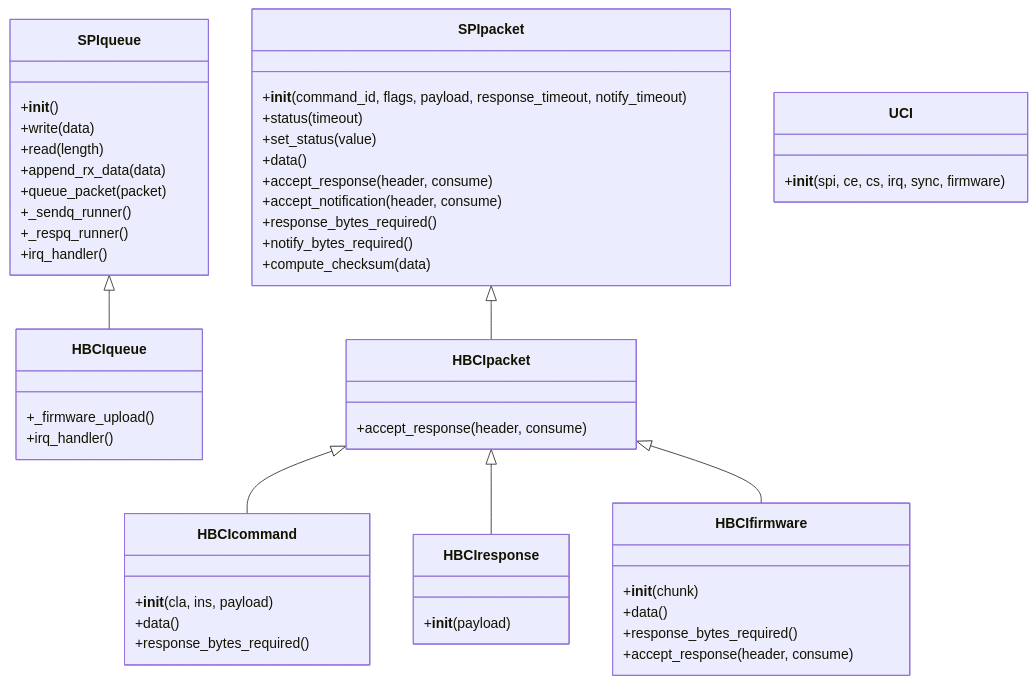
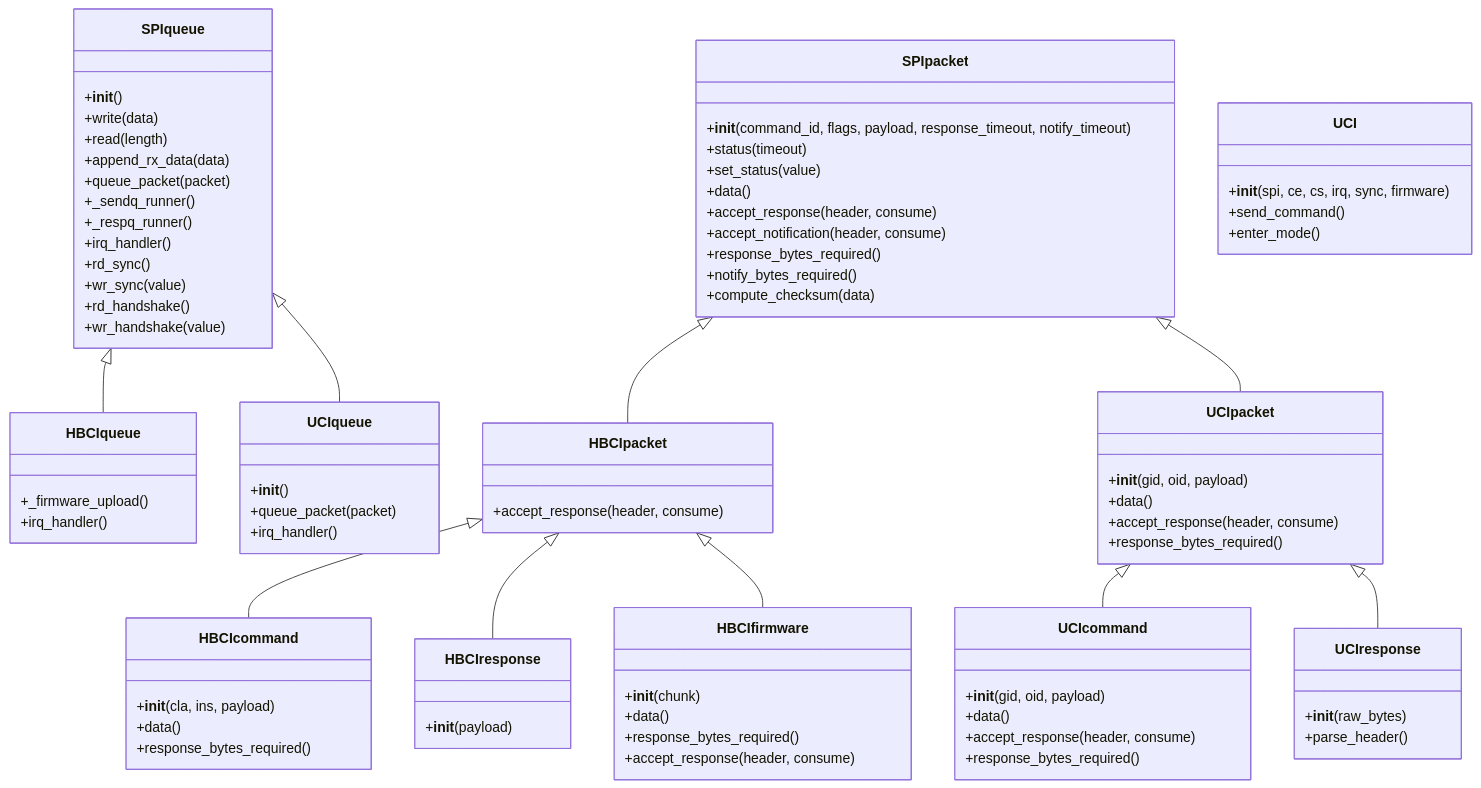
The diagram in extmod/uci-core/README.md (Raptor-Tech/micropython_can_esp32), drawn with Mermaid before and after one commit.

Commit message:
WIP: More complete class diagram

````diff
--- a/extmod/uci-core/README.md
+++ b/extmod/uci-core/README.md
@@ -2,61 +2,96 @@
 classDiagram
 
 class SPIqueue {
-    +__init__()
-    +write(data)
-    +read(length)
-    +append_rx_data(data)
-    +queue_packet(packet)
-    +_sendq_runner()
-    +_respq_runner()
-    +irq_handler()
+  +__init__()
+  +write(data)
+  +read(length)
+  +append_rx_data(data)
+  +queue_packet(packet)
+  +_sendq_runner()
+  +_respq_runner()
+  +irq_handler()
+  +rd_sync()
+  +wr_sync(value)
+  +rd_handshake()
+  +wr_handshake(value)
 }
 
 class HBCIqueue {
-    +_firmware_upload()
-    +irq_handler()
+  +_firmware_upload()
+  +irq_handler()
+}
+
+class UCIqueue {
+  +__init__()
+  +queue_packet(packet)
+  +irq_handler()
 }
 
 class SPIpacket {
-    +__init__(command_id, flags, payload, response_timeout, notify_timeout)
-    +status(timeout)
-    +set_status(value)
-    +data()
-    +accept_response(header, consume)
-    +accept_notification(header, consume)
-    +response_bytes_required()
-    +notify_bytes_required()
-    +compute_checksum(data)
+  +__init__(command_id, flags, payload, response_timeout, notify_timeout)
+  +status(timeout)
+  +set_status(value)
+  +data()
+  +accept_response(header, consume)
+  +accept_notification(header, consume)
+  +response_bytes_required()
+  +notify_bytes_required()
+  +compute_checksum(data)
 }
 
 class HBCIpacket {
-    +accept_response(header, consume)
+  +accept_response(header, consume)
 }
 
 class HBCIcommand {
-    +__init__(cla, ins, payload)
-    +data()
-    +response_bytes_required()
+  +__init__(cla, ins, payload)
+  +data()
+  +response_bytes_required()
 }
 
 class HBCIresponse {
-    +__init__(payload)
+  +__init__(payload)
 }
 
 class HBCIfirmware {
-    +__init__(chunk)
-    +data()
-    +response_bytes_required()
-    +accept_response(header, consume)
+  +__init__(chunk)
+  +data()
+  +response_bytes_required()
+  +accept_response(header, consume)
+}
+
+class UCIpacket {
+  +__init__(gid, oid, payload)
+  +data()
+  +accept_response(header, consume)
+  +response_bytes_required()
+}
+
+class UCIcommand {
+  +__init__(gid, oid, payload)
+  +data()
+  +accept_response(header, consume)
+  +response_bytes_required()
+}
+
+class UCIresponse {
+  +__init__(raw_bytes)
+  +parse_header()
 }
 
 class UCI {
-    +__init__(spi, ce, cs, irq, sync, firmware)
+  +__init__(spi, ce, cs, irq, sync, firmware)
+  +send_command()
+  +enter_mode()
 }
 
 SPIqueue <|-- HBCIqueue
+SPIqueue <|-- UCIqueue
 SPIpacket <|-- HBCIpacket
+SPIpacket <|-- UCIpacket
 HBCIpacket <|-- HBCIcommand
 HBCIpacket <|-- HBCIresponse
 HBCIpacket <|-- HBCIfirmware
+UCIpacket <|-- UCIcommand
+UCIpacket <|-- UCIresponse
 ```
````
